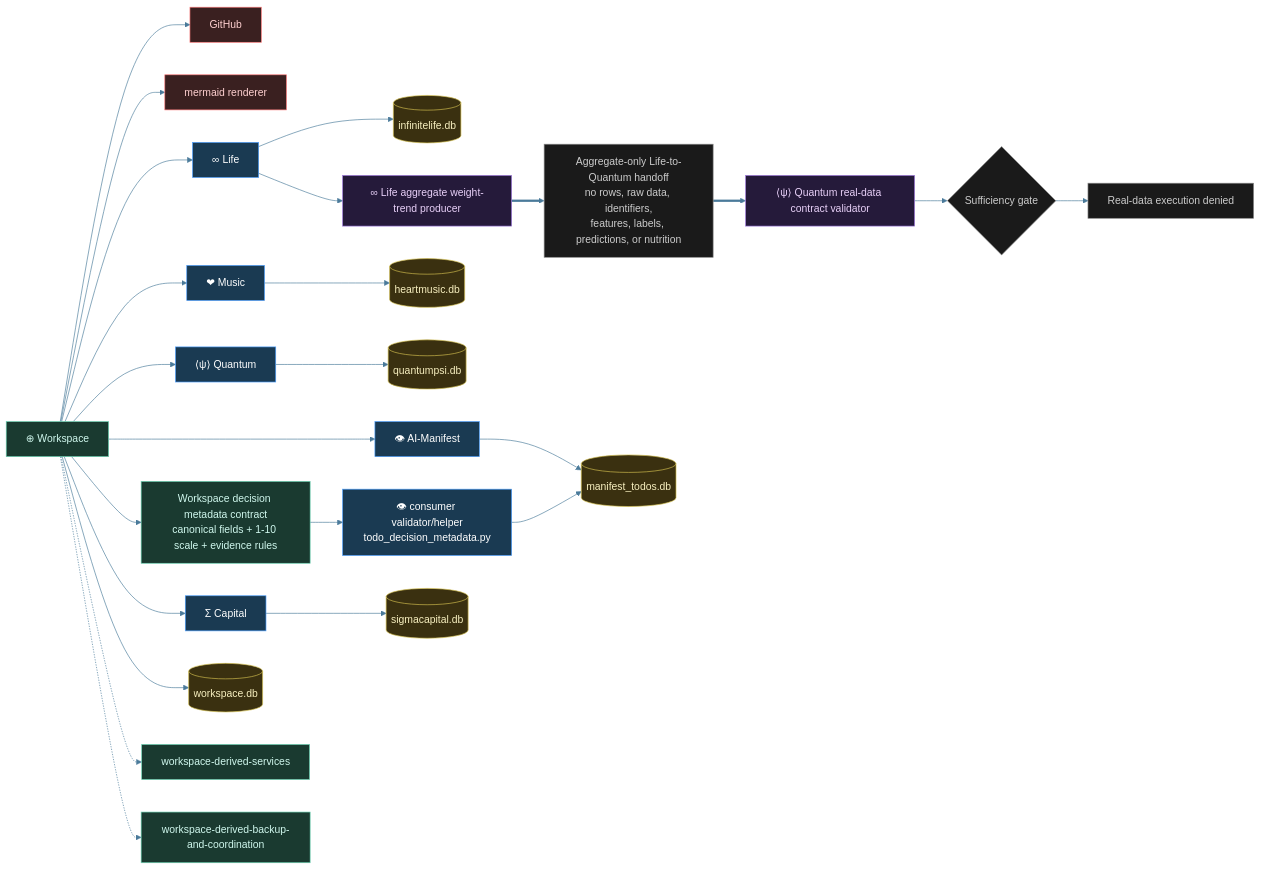
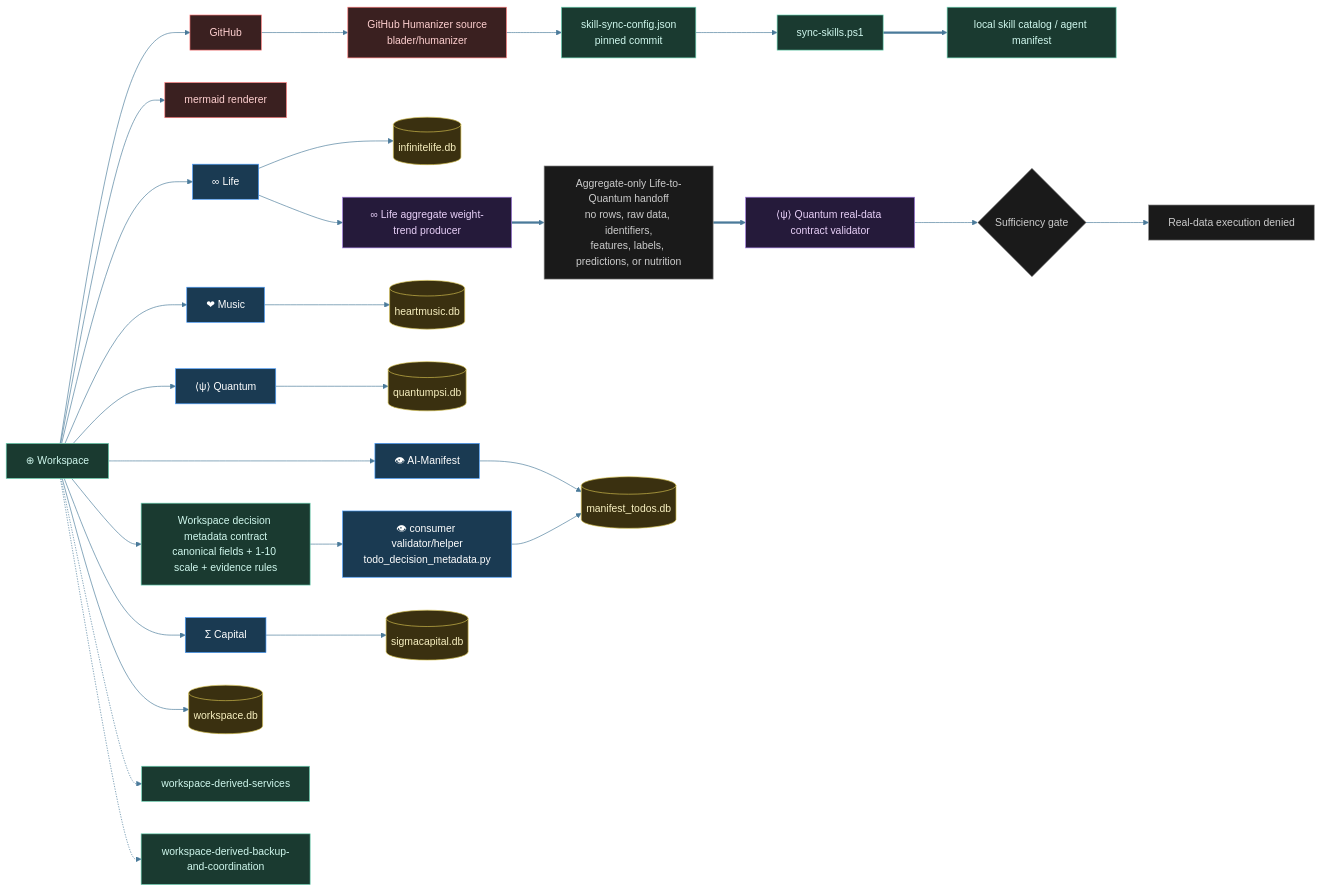
The diagram in diagrams/workspace-integrations.mmd (tylerdrakemusic/-Workspace), drawn with Mermaid before and after one commit. The commit also changed 15 other files, not shown here.

Commit message:
⊕ workspace: package Humanizer skill FR-20260829-workspace-humanizer-skill

```diff
--- a/diagrams/workspace-integrations.mmd
+++ b/diagrams/workspace-integrations.mmd
@@ -1,50 +1,55 @@
 %%{init: {'theme': 'base', 'themeVariables': {'primaryColor': '#1a2e3a', 'primaryTextColor': '#d0ecf8', 'edgeLabelBackground': '#0f1318', 'lineColor': '#4a7a9a'}}}%%
 %% is_derived_view=false
 %% Traceability.derived_views: diagrams/workspace-derived-services.mmd, diagrams/workspace-derived-backup-and-coordination.mmd
 graph LR
     Workspace[⊕ Workspace] --> GitHub[GitHub]
+    GitHub --> HumanizerSource[GitHub Humanizer source<br/>blader/humanizer]
+    HumanizerSource --> SkillSyncConfig[skill-sync-config.json<br/>pinned commit]
+    SkillSyncConfig --> SkillSyncScript[sync-skills.ps1]
+    SkillSyncScript ==> LocalSkillCatalog[local skill catalog / agent manifest]
     Workspace --> Mermaid[mermaid renderer]
     Workspace --> Life[∞ Life]
     Workspace --> Music[❤ Music]
     Workspace --> Quantum[⟨ψ⟩ Quantum]
     Workspace --> Manifest[👁 AI-Manifest]
     Workspace --> DecisionContract[Workspace decision metadata contract<br/>canonical fields + 1-10 scale + evidence rules]
     DecisionContract --> ManifestValidator[👁 consumer validator/helper<br/>todo_decision_metadata.py]
     Workspace --> Capital[Σ Capital]
     Workspace --> WSDB[(workspace.db)]
     Workspace -.-> Services[workspace-derived-services]
     Workspace -.-> Backup[workspace-derived-backup-and-coordination]
     Life --> LifeDB[(infinitelife.db)]
     Music --> MusicDB[(heartmusic.db)]
     Quantum --> QDB[(quantumpsi.db)]
     Manifest --> ManifestDB[(manifest_todos.db)]
     ManifestValidator --> ManifestDB
     Capital --> CapitalDB[(sigmacapital.db)]
     LifeWeightTrend[∞ Life aggregate weight-trend producer]
     AggregateHandoff[Aggregate-only Life-to-Quantum handoff<br/>no rows, raw data, identifiers,<br/>features, labels, predictions, or nutrition]
     QuantumValidator[⟨ψ⟩ Quantum real-data contract validator]
     SufficiencyGate{Sufficiency gate}
     ExecutionDenied[Real-data execution denied]
     Life --> LifeWeightTrend
     LifeWeightTrend ==> AggregateHandoff
     AggregateHandoff ==> QuantumValidator
     QuantumValidator --> SufficiencyGate
     SufficiencyGate --> ExecutionDenied
     class Workspace,Services,Backup ws
     class DecisionContract ws
     class ManifestValidator orch
     class Life,Music,Quantum,Manifest,Capital orch
     class LifeWeightTrend,QuantumValidator quantum
     class AggregateHandoff,SufficiencyGate,ExecutionDenied state
-    class GitHub,Mermaid ext
+    class GitHub,Mermaid,HumanizerSource ext
+    class SkillSyncConfig,SkillSyncScript,LocalSkillCatalog ws
     class WSDB,LifeDB,MusicDB,QDB,ManifestDB,CapitalDB db
 classDef life     fill:#1a2e3a,stroke:#6ab4d4,color:#d0ecf8
 classDef music    fill:#3a1a24,stroke:#d47a8f,color:#f8d0dc
 classDef quantum  fill:#251a3a,stroke:#a07adf,color:#e8d0f8
 classDef manifest fill:#3a2e1a,stroke:#d4a96a,color:#f8ead0
 classDef ws       fill:#1a3a30,stroke:#6ad4b4,color:#d0f8ee
 classDef tyler    fill:#2a1a3a,stroke:#9e4aff,color:#fff
 classDef orch     fill:#1a3a52,stroke:#4a9eff,color:#fff
 classDef ext      fill:#3a2020,stroke:#ff7a7a,color:#ffd0d0
 classDef db       fill:#3a3010,stroke:#d4c050,color:#f8f0c0
 classDef state    fill:#1a1a1a,stroke:#888888,color:#cccccc
```
